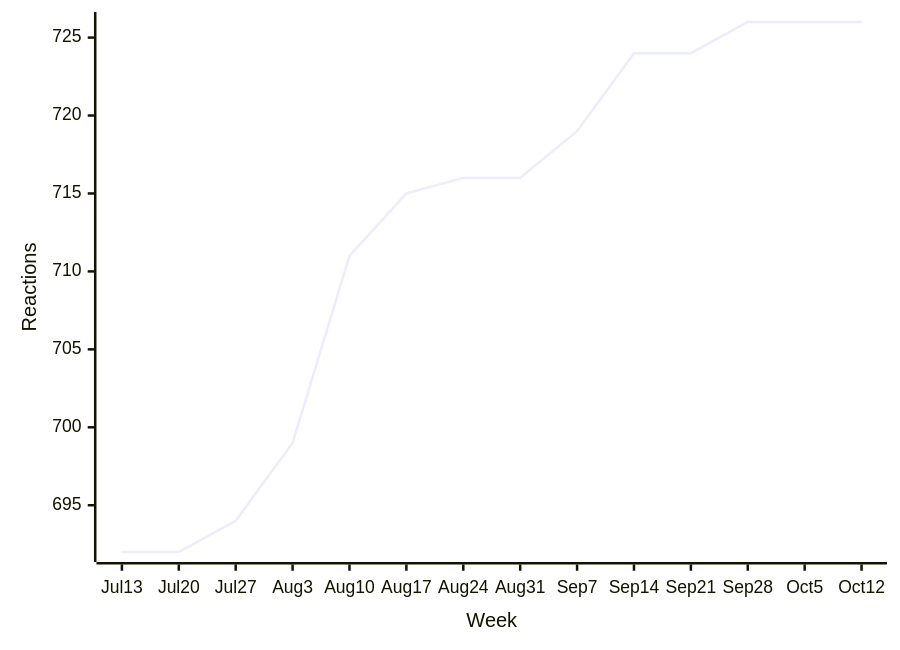
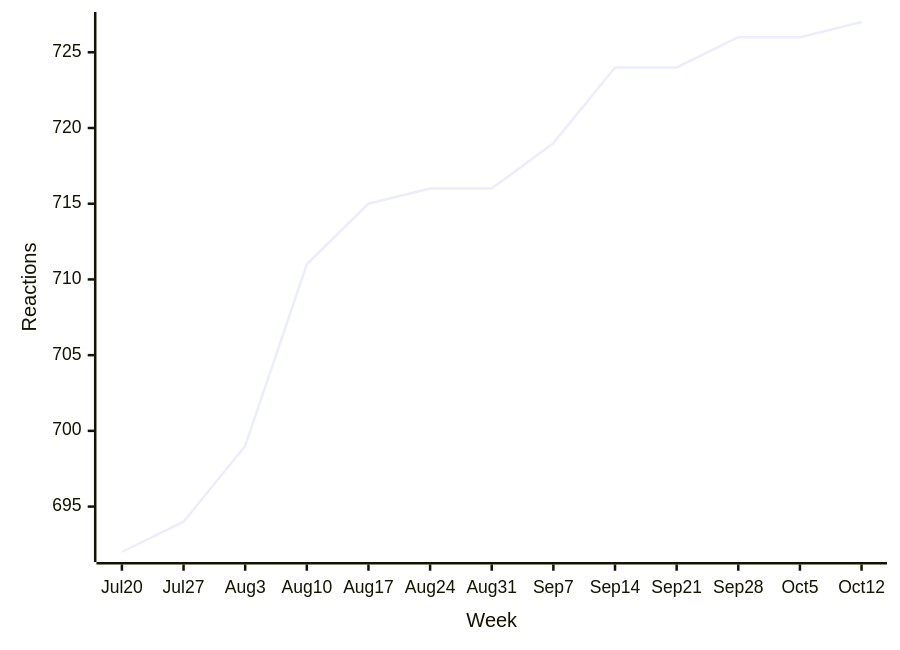
Before and after one commit to loic-sharma/github-insights: the first of 38 diagrams in README.md, drawn with Mermaid. The commit also changed other lines of this file and 3 other files, not shown here.

````diff
--- a/README.md
+++ b/README.md
@@ -324,6 +324,6 @@
   ```mermaid
   xychart-beta
-    x-axis "Week" [Jul 13, Jul 20, Jul 27, Aug 3, Aug 10, Aug 17, Aug 24, Aug 31, Sep 7, Sep 14, Sep 21, Sep 28, Oct 5, Oct 12]
+    x-axis "Week" [Jul 20, Jul 27, Aug 3, Aug 10, Aug 17, Aug 24, Aug 31, Sep 7, Sep 14, Sep 21, Sep 28, Oct 5, Oct 12]
     y-axis "Reactions"
-    line [692, 692, 694, 699, 711, 715, 716, 716, 719, 724, 724, 726, 726, 726]
+    line [692, 694, 699, 711, 715, 716, 716, 719, 724, 724, 726, 726, 727]
   ```
````
